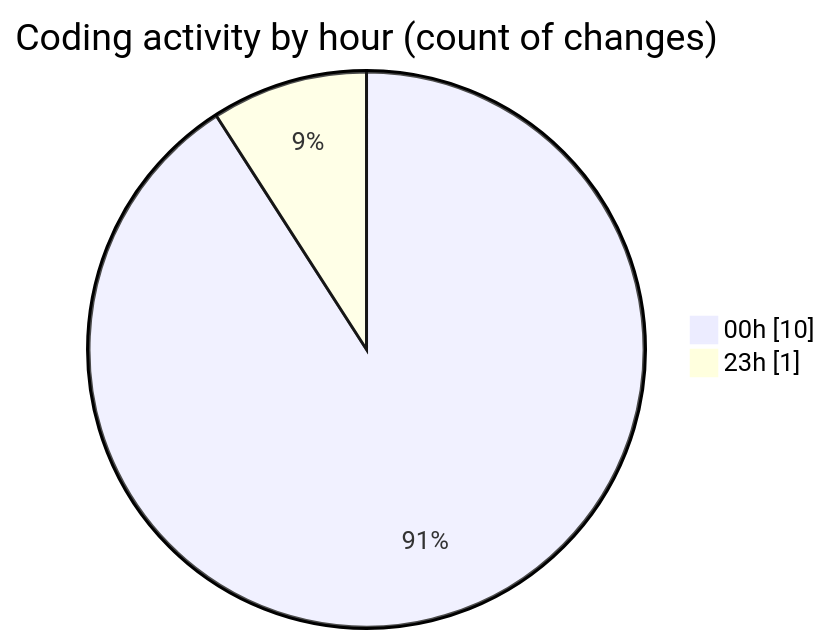
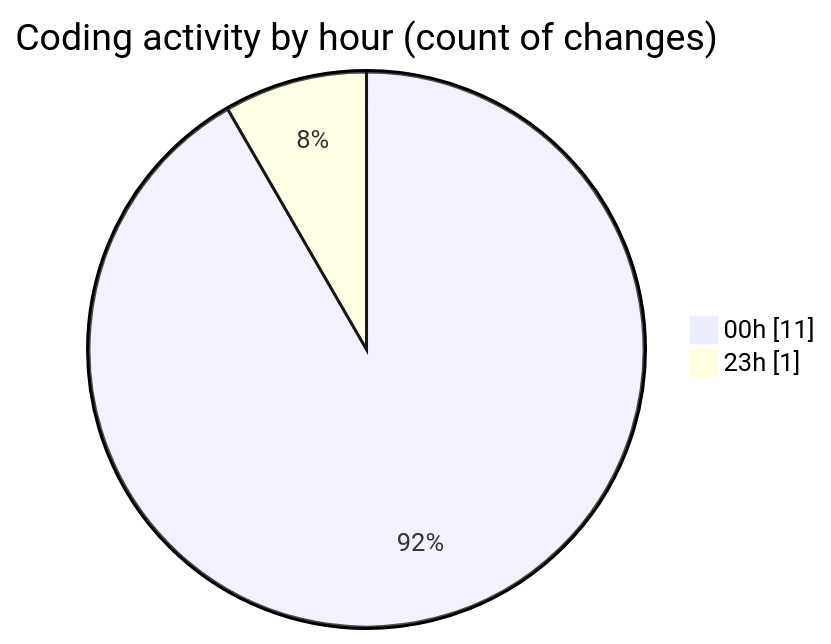
Before and after one commit to lephambinh05/code-tracking: the second of 2 diagrams in 2025-07-18/nhahang/README.md, drawn with Mermaid. The commit also changed other lines of this file and 1 other file, not shown here.

````diff
--- a/2025-07-18/nhahang/README.md
+++ b/2025-07-18/nhahang/README.md
@@ -35,6 +35,6 @@
 ```mermaid
 pie showData
 title Coding activity by hour (count of changes)
-"00h" : 10
+"00h" : 11
 "23h" : 1
 ```
````
